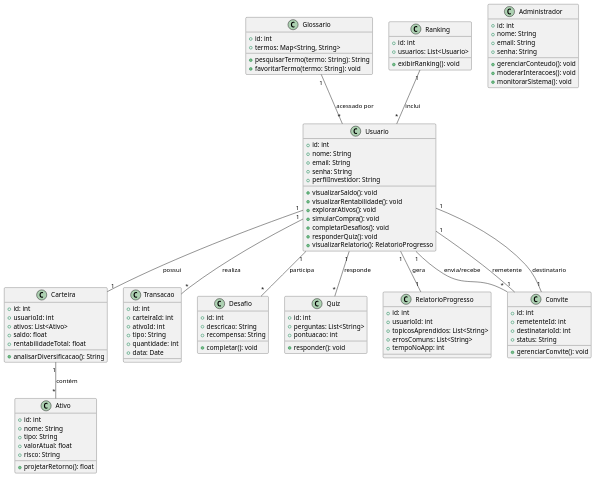
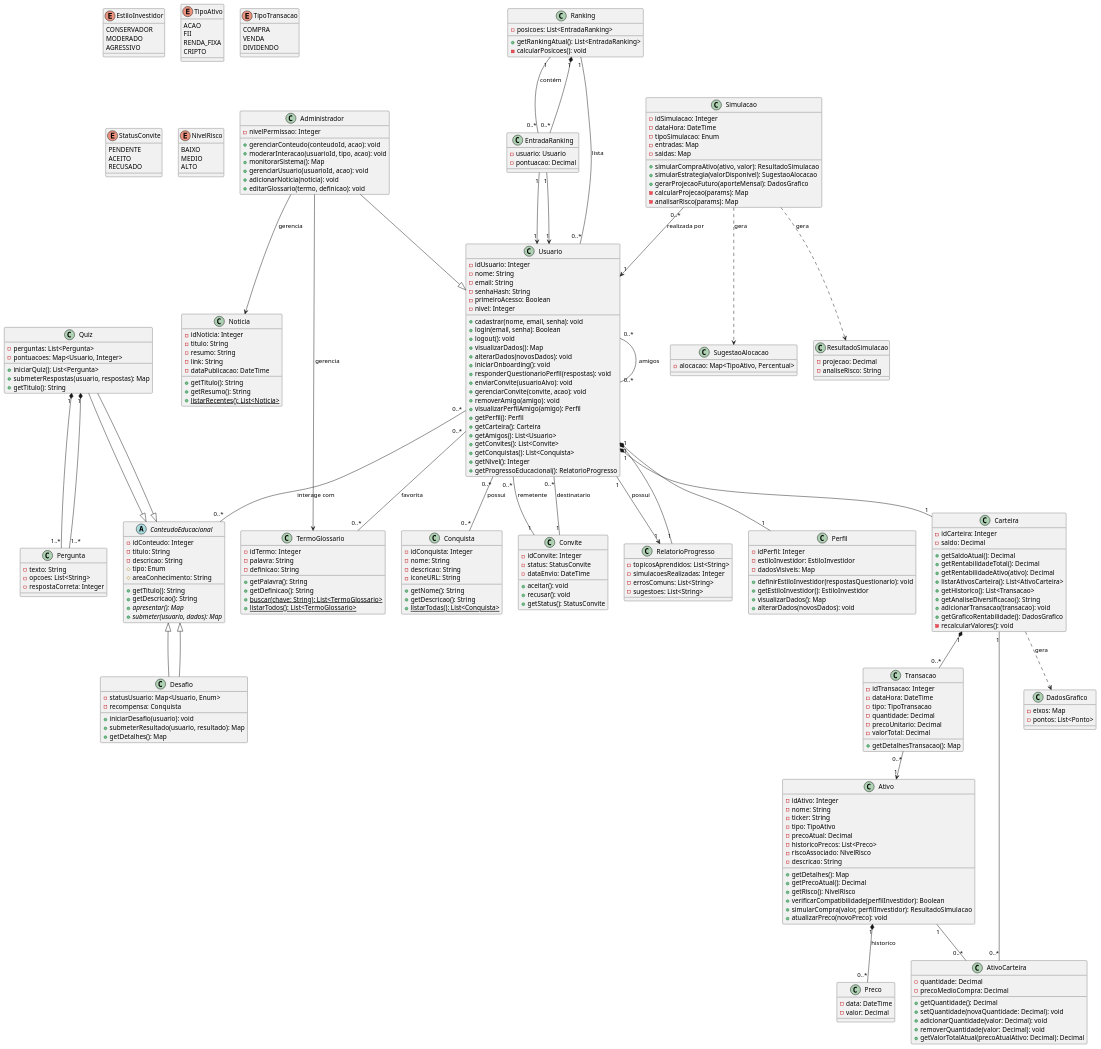
Before and after one commit to pedrOfsilveira/diagramas: the diagram in classes.wsd, drawn with PlantUML.

Commit message:
atualizado classes.wsd

```diff
--- a/classes.wsd
+++ b/classes.wsd
@@ -1,112 +1,324 @@
 @startuml
+
+' Definição de Enums (Melhora a clareza)
+enum EstiloInvestidor {
+  CONSERVADOR
+  MODERADO
+  AGRESSIVO
+}
+
+enum TipoAtivo {
+  ACAO
+  FII
+  RENDA_FIXA
+  CRIPTO
+}
+
+enum TipoTransacao {
+  COMPRA
+  VENDA
+  DIVIDENDO
+}
+
+enum StatusConvite {
+  PENDENTE
+  ACEITO
+  RECUSADO
+}
+
+enum NivelRisco {
+    BAIXO
+    MEDIO
+    ALTO
+}
+
+' Classes Auxiliares / Tipos de Dados (Definidas para clareza)
+class Pergunta {
+  - texto: String
+  - opcoes: List<String>
+  - respostaCorreta: Integer
+}
+
+class RelatorioProgresso {
+    - topicosAprendidos: List<String>
+    - simulacoesRealizadas: Integer
+    - errosComuns: List<String>
+    - sugestoes: List<String>
+}
+
+class DadosGrafico {
+    - eixos: Map
+    - pontos: List<Ponto>
+}
+
+class ResultadoSimulacao {
+    - projecao: Decimal
+    - analiseRisco: String
+}
+
+class SugestaoAlocacao {
+    - alocacao: Map<TipoAtivo, Percentual>
+}
+
+class Preco {
+    - data: DateTime
+    - valor: Decimal
+}
+
+class EntradaRanking {
+    - usuario: Usuario
+    - pontuacao: Decimal
+}
+
 
 ' Classes principais do sistema
 class Usuario {
-    +id: int
-    +nome: String
-    +email: String
-    +senha: String
-    +perfilInvestidor: String
-    +visualizarSaldo(): void
-    +visualizarRentabilidade(): void
-    +explorarAtivos(): void
-    +simularCompra(): void
-    +completarDesafios(): void
-    +responderQuiz(): void
-    +visualizarRelatorio(): RelatorioProgresso
+    - idUsuario: Integer
+    - nome: String
+    - email: String
+    - senhaHash: String
+    - primeiroAcesso: Boolean
+    - nivel: Integer
+
+    + cadastrar(nome, email, senha): void
+    + login(email, senha): Boolean
+    + logout(): void
+    + visualizarDados(): Map
+    + alterarDados(novosDados): void
+    + iniciarOnboarding(): void
+    + responderQuestionarioPerfil(respostas): void
+    + enviarConvite(usuarioAlvo): void
+    + gerenciarConvite(convite, acao): void
+    + removerAmigo(amigo): void
+    + visualizarPerfilAmigo(amigo): Perfil
+    + getPerfil(): Perfil
+    + getCarteira(): Carteira
+    + getAmigos(): List<Usuario>
+    + getConvites(): List<Convite>
+    + getConquistas(): List<Conquista>
+    + getNivel(): Integer
+    + getProgressoEducacional(): RelatorioProgresso
 }
 
 class Administrador {
-    +id: int
-    +nome: String
-    +email: String
-    +senha: String
-    +gerenciarConteudo(): void
-    +moderarInteracoes(): void
-    +monitorarSistema(): void
+    - nivelPermissao: Integer
+
+    + gerenciarConteudo(conteudoId, acao): void
+    + moderarInteracao(usuarioId, tipo, acao): void
+    + monitorarSistema(): Map
+    + gerenciarUsuario(usuarioId, acao): void
+    + adicionarNoticia(noticia): void
+    + editarGlossario(termo, definicao): void
+}
+
+class Perfil {
+    - idPerfil: Integer
+    - estiloInvestidor: EstiloInvestidor
+    - dadosVisiveis: Map
+
+    + definirEstiloInvestidor(respostasQuestionario): void
+    + getEstiloInvestidor(): EstiloInvestidor
+    + visualizarDados(): Map
+    + alterarDados(novosDados): void
+}
+
+class Carteira {
+    - idCarteira: Integer
+    - saldo: Decimal
+    ' REMOVIDO: - ativos: Map<Ativo, Quantidade> (Agora usa AtivoCarteira)
+    ' REMOVIDO: - historicoTransacoes: List<Transacao> (Agora usa Relação)
+
+    + getSaldoAtual(): Decimal
+    + getRentabilidadeTotal(): Decimal
+    + getRentabilidadeAtivo(ativo): Decimal
+    + listarAtivosCarteira(): List<AtivoCarteira>
+    + getHistorico(): List<Transacao>
+    + getAnaliseDiversificacao(): String
+    + adicionarTransacao(transacao): void
+    + getGraficoRentabilidade(): DadosGrafico
+    - recalcularValores(): void
 }
 
 class Ativo {
-    +id: int
-    +nome: String
-    +tipo: String
-    +valorAtual: float
-    +risco: String
-    +projetarRetorno(): float
-}
+    - idAtivo: Integer
+    - nome: String
+    - ticker: String
+    - tipo: TipoAtivo
+    - precoAtual: Decimal
+    - historicoPrecos: List<Preco>
+    - riscoAssociado: NivelRisco
+    - descricao: String
 
-class Carteira {
-    +id: int
-    +usuarioId: int
-    +ativos: List<Ativo>
-    +saldo: float
-    +rentabilidadeTotal: float
-    +analisarDiversificacao(): String
+    + getDetalhes(): Map
+    + getPrecoAtual(): Decimal
+    + getRisco(): NivelRisco
+    + verificarCompatibilidade(perfilInvestidor): Boolean
+    + simularCompra(valor, perfilInvestidor): ResultadoSimulacao
+    + atualizarPreco(novoPreco): void
 }
 
 class Transacao {
-    +id: int
-    +carteiraId: int
-    +ativoId: int
-    +tipo: String
-    +quantidade: int
-    +data: Date
+    - idTransacao: Integer
+    - dataHora: DateTime
+    - tipo: TipoTransacao
+    ' REMOVIDO: - ativo: Ativo (Agora usa Relação)
+    - quantidade: Decimal
+    - precoUnitario: Decimal
+    - valorTotal: Decimal
+
+    + getDetalhesTransacao(): Map
 }
 
-class Desafio {
-    +id: int
-    +descricao: String
-    +recompensa: String
-    +completar(): void
+class Simulacao {
+    - idSimulacao: Integer
+    - dataHora: DateTime
+    - tipoSimulacao: Enum
+    - entradas: Map
+    - saidas: Map
+
+    + simularCompraAtivo(ativo, valor): ResultadoSimulacao
+    + simularEstrategia(valorDisponivel): SugestaoAlocacao
+    + gerarProjecaoFuturo(aporteMensal): DadosGrafico
+    - calcularProjecao(params): Map
+    - analisarRisco(params): Map
 }
 
-class Quiz {
-    +id: int
-    +perguntas: List<String>
-    +pontuacao: int
-    +responder(): void
+abstract class ConteudoEducacional {
+    - idConteudo: Integer
+    - titulo: String
+    - descricao: String
+    # tipo: Enum
+    # areaConhecimento: String
+
+    + getTitulo(): String
+    + getDescricao(): String
+    + {abstract} apresentar(): Map
+    + {abstract} submeter(usuario, dados): Map
 }
 
-class Glossario {
-    +id: int
-    +termos: Map<String, String>
-    +pesquisarTermo(termo: String): String
-    +favoritarTermo(termo: String): void
+class Desafio extends ConteudoEducacional {
+    ' REMOVIDO: - idDesafio: Integer (Usa idConteudo)
+    ' REMOVIDO: - titulo: String (Herdado)
+    ' REMOVIDO: - descricao: String (Herdado)
+    - statusUsuario: Map<Usuario, Enum>
+    - recompensa: Conquista
+
+    + iniciarDesafio(usuario): void
+    + submeterResultado(usuario, resultado): Map
+    + getDetalhes(): Map
 }
 
-class RelatorioProgresso {
-    +id: int
-    +usuarioId: int
-    +topicosAprendidos: List<String>
-    +errosComuns: List<String>
-    +tempoNoApp: int
+class Quiz extends ConteudoEducacional {
+    ' REMOVIDO: - idQuiz: Integer (Usa idConteudo)
+    ' REMOVIDO: - titulo: String (Herdado)
+    - perguntas: List<Pergunta>
+    - pontuacoes: Map<Usuario, Integer>
+
+    + iniciarQuiz(): List<Pergunta>
+    + submeterRespostas(usuario, respostas): Map
+    + getTitulo(): String
+}
+
+class TermoGlossario {
+    - idTermo: Integer
+    - palavra: String
+    - definicao: String
+
+    + getPalavra(): String
+    + getDefinicao(): String
+    + {static} buscar(chave: String): List<TermoGlossario>
+    + {static} listarTodos(): List<TermoGlossario>
+}
+
+class Noticia {
+    - idNoticia: Integer
+    - titulo: String
+    - resumo: String
+    - link: String
+    - dataPublicacao: DateTime
+
+    + getTitulo(): String
+    + getResumo(): String
+    + {static} listarRecentes(): List<Noticia>
+}
+
+class Conquista {
+    - idConquista: Integer
+    - nome: String
+    - descricao: String
+    - iconeURL: String
+
+    + getNome(): String
+    + getDescricao(): String
+    + {static} listarTodas(): List<Conquista>
 }
 
 class Ranking {
-    +id: int
-    +usuarios: List<Usuario>
-    +exibirRanking(): void
+    - posicoes: List<EntradaRanking>
+
+    + getRankingAtual(): List<EntradaRanking>
+    - calcularPosicoes(): void
 }
 
 class Convite {
-    +id: int
-    +remetenteId: int
-    +destinatarioId: int
-    +status: String
-    +gerenciarConvite(): void
+    - idConvite: Integer
+    ' REMOVIDO: - remetente: Usuario (Agora usa Relação)
+    ' REMOVIDO: - destinatario: Usuario (Agora usa Relação)
+    - status: StatusConvite
+    - dataEnvio: DateTime
+
+    + aceitar(): void
+    + recusar(): void
+    + getStatus(): StatusConvite
 }
 
-' Relacionamentos entre as classes
-Usuario "1" -- "1" Carteira : possui
-Usuario "1" -- "*" Transacao : realiza
-Usuario "1" -- "*" Desafio : participa
-Usuario "1" -- "*" Quiz : responde
-Usuario "1" -- "1" RelatorioProgresso : gera
-Usuario "1" -- "*" Convite : envia/recebe
-Carteira "1" -- "*" Ativo : contém
-Glossario "1" -- "*" Usuario : acessado por
-Ranking "1" -- "*" Usuario : inclui
-Convite "1" -- "1" Usuario : remetente
-Convite "1" -- "1" Usuario : destinatario
+class AtivoCarteira {
+  - quantidade: Decimal
+  - precoMedioCompra: Decimal
+  + getQuantidade(): Decimal
+  + setQuantidade(novaQuantidade: Decimal): void
+  + adicionarQuantidade(valor: Decimal): void
+  + removerQuantidade(valor: Decimal): void
+  + getValorTotalAtual(precoAtualAtivo: Decimal): Decimal
+}
+
+
+' Relacionamentos
+Administrador --|> Usuario
+Desafio --|> ConteudoEducacional
+Quiz --|> ConteudoEducacional
+
+Usuario "1" *-- "1" Perfil
+Usuario "1" *-- "1" Carteira
+Usuario "1" --> "1" RelatorioProgresso : possui
+Usuario "0..*" -- "0..*" Usuario : amigos
+Usuario "0..*" -- "1" Convite : remetente
+Usuario "0..*" -- "1" Convite : destinatario
+Usuario "0..*" -- "0..*" Conquista : possui
+Usuario "0..*" -- "0..*" ConteudoEducacional : interage com
+Usuario "0..*" -- "0..*" TermoGlossario : favorita
+
+Ativo "1" *-- "0..*" Preco : historico
+Quiz "1" *-- "1..*" Pergunta
+Carteira ..> DadosGrafico : gera
+Usuario "1" *-- "1" RelatorioProgresso
+Simulacao ..> ResultadoSimulacao : gera
+Simulacao ..> SugestaoAlocacao : gera
+Ranking "1" *-- "0..*" EntradaRanking
+EntradaRanking "1" --> "1" Usuario
+
+Carteira "1" -- "0..*" AtivoCarteira
+Ativo "1" -- "0..*" AtivoCarteira
+Carteira "1" *-- "0..*" Transacao
+Transacao "0..*" --> "1" Ativo
+
+Simulacao "0..*" --> "1" Usuario : realizada por
+Quiz "1" *-- "1..*" Pergunta
+Ranking "1" -- "0..*" Usuario : lista
+Ranking "1" -- "0..*" EntradaRanking : contém
+EntradaRanking "1" --> "1" Usuario
+
+Administrador --> Noticia : gerencia
+Administrador --> TermoGlossario : gerencia
 
 @enduml
```
